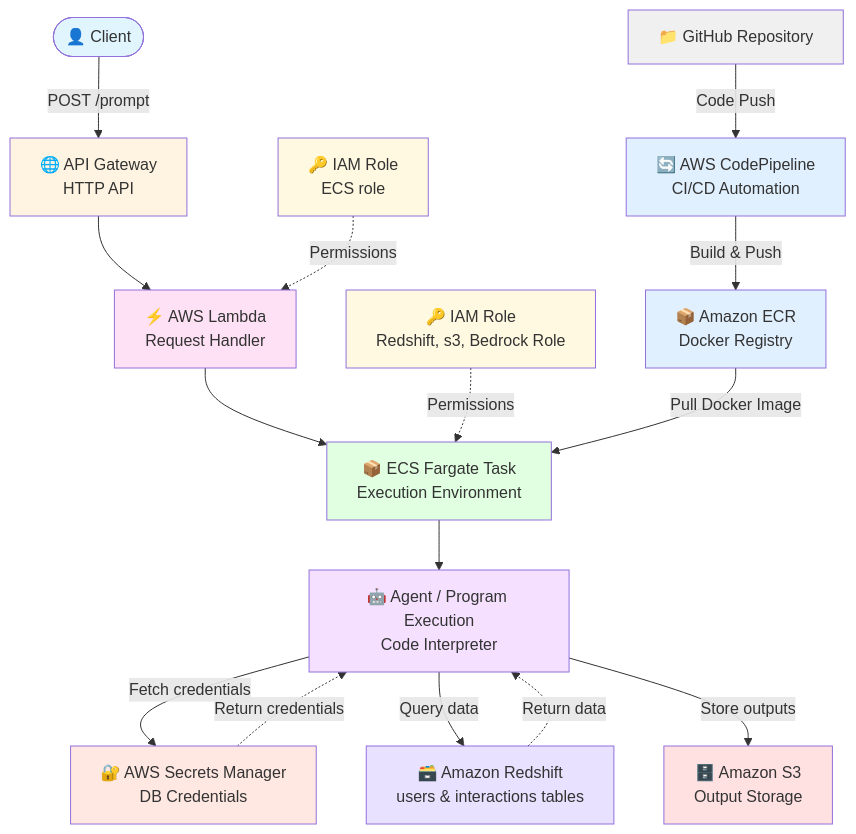
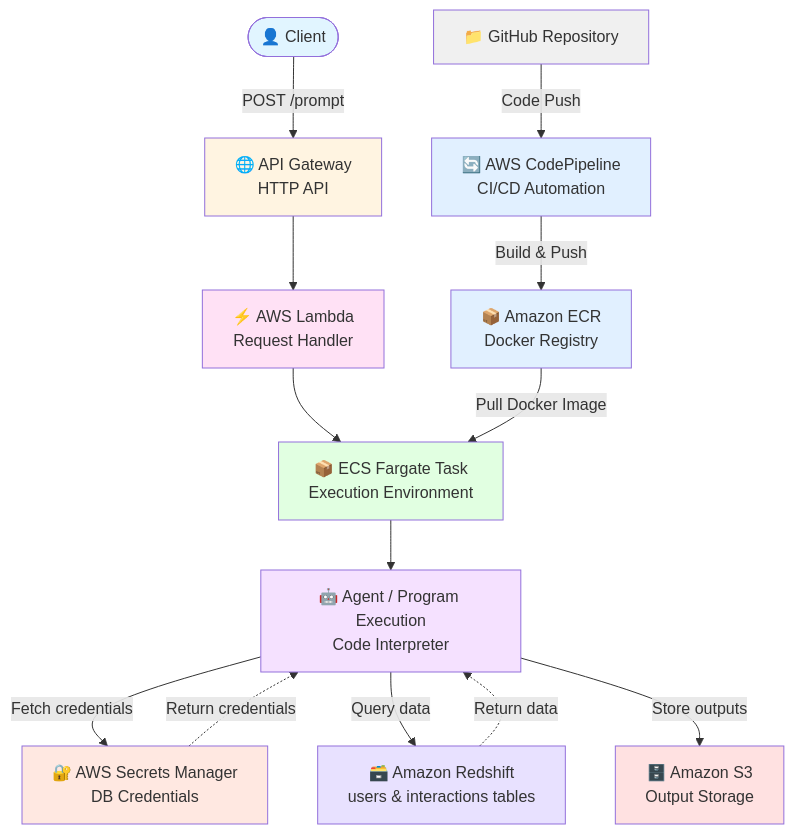
One commit to knkasa/LLM_python_executor changed the diagram in README.md. Above: the diagram before and after it, drawn with Mermaid.

````diff
--- a/README.md
+++ b/README.md
@@ -39,34 +39,30 @@
 ```mermaid
 flowchart TD
     GitHub[📁 GitHub Repository] -->|Code Push| CodePipeline[🔄 AWS CodePipeline<br/>CI/CD Automation]
     CodePipeline -->|Build & Push| ECR[📦 Amazon ECR<br/>Docker Registry]
     
     Client([👤 Client]) -->|POST /prompt| APIGW[🌐 API Gateway<br/>HTTP API]
     APIGW --> Lambda[⚡ AWS Lambda<br/>Request Handler]
-    LambdaRole[🔑 IAM Role<br/>ECS role] -.->|Permissions| Lambda
     Lambda --> ECS[📦 ECS Fargate Task<br/>Execution Environment]
-    ECSRole[🔑 IAM Role<br/>Redshift, s3, Bedrock Role] -.->|Permissions| ECS
     ECR -->|Pull Docker Image| ECS
     ECS --> LLM[🤖 Agent / Program Execution<br/>Code Interpreter]
     
     LLM -->|Fetch credentials| SM[🔐 AWS Secrets Manager<br/>DB Credentials]
     SM -.->|Return credentials| LLM
     LLM -->|Query data| Redshift[🗃️ Amazon Redshift<br/>users & interactions tables]
     Redshift -.->|Return data| LLM
     
     LLM -->|Store outputs| S3[🗄️ Amazon S3<br/>Output Storage]
     
     style GitHub fill:#f0f0f0
     style CodePipeline fill:#e1f0ff
     style ECR fill:#e1f0ff
     style Client fill:#e1f5ff
     style APIGW fill:#fff4e1
     style Lambda fill:#ffe1f5
-    style LambdaRole fill:#fff9e1
     style ECS fill:#e1ffe1
-    style ECSRole fill:#fff9e1
     style LLM fill:#f5e1ff
     style SM fill:#ffe8e1
     style Redshift fill:#e8e1ff
     style S3 fill:#ffe1e1
 ```
````
